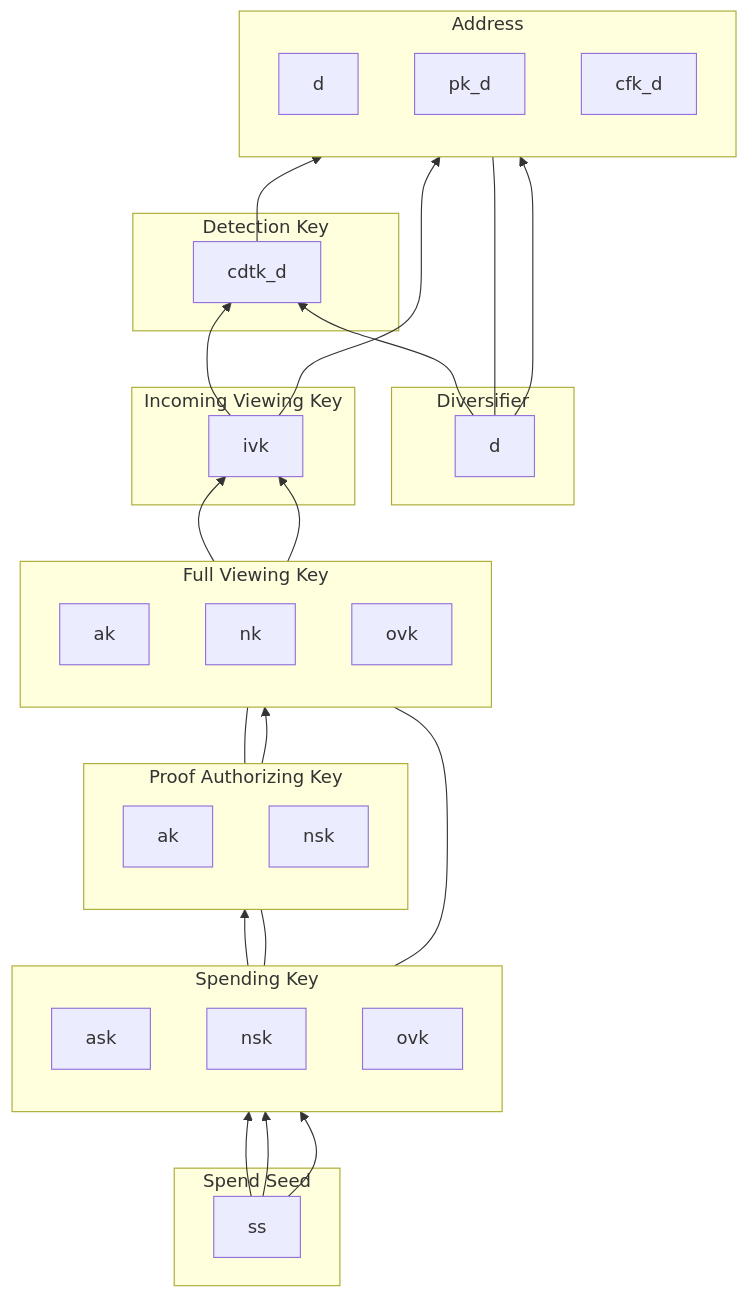
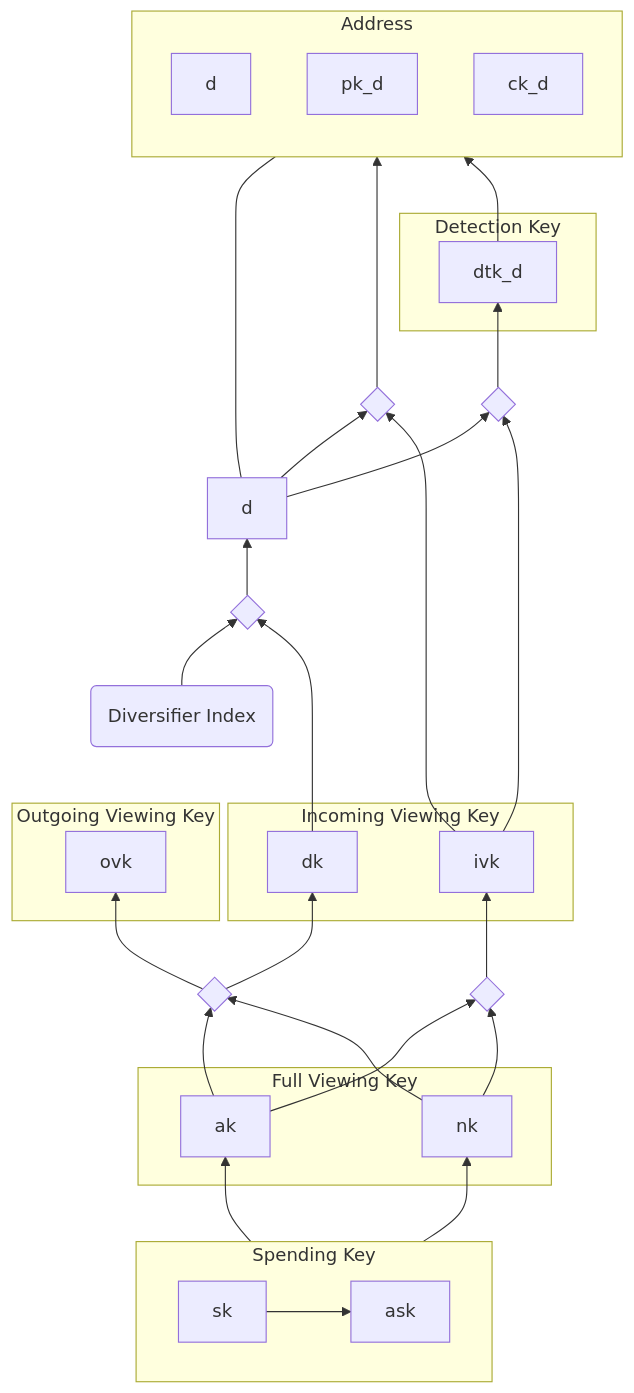
The diagram in spec/protocol/addresses_keys.md (penumbra-zone/penumbra), drawn with Mermaid before and after one commit. The commit also changed other lines of this file and 1 other file, not shown here.

Commit message:
spec: update diagram (only) with reworked key hierarchy.
This doesn't update any of the other documentation, just provides a better diagram.

````diff
--- a/spec/protocol/addresses_keys.md
+++ b/spec/protocol/addresses_keys.md
@@ -9,61 +11,54 @@
 ```mermaid
 flowchart BT
     subgraph Address
         direction TB;
         d2[d];
         pk_d;
-        cfk_d;
-    end;
-    subgraph D[Diversifier]
-        d1[d];
+        ck_d;
     end;
     subgraph DTK[Detection Key]
-        cdtk_d;
+        dtk_d;
     end;
     subgraph IVK[Incoming Viewing Key]
         ivk;
+        dk;
+    end;
+    subgraph OVK[Outgoing Viewing Key]
+        ovk;
     end;
     subgraph FVK[Full Viewing Key]
-        direction TB;
-        ak2[ak];
+        ak;
         nk;
-        ovk2[ovk];
-    end;
-    subgraph PAK[Proof Authorizing Key]
-        direction TB;
-        ak1[ak];
-        nsk2[nsk];
     end;
     subgraph SK[Spending Key]
-        direction TB;
+        direction LR;
         ask;
-        nsk1[nsk];
-        ovk1[ovk];
-    end;
-    subgraph SS[Spend Seed]
-        ss;
+        sk;
     end;
 
-    ss --> ask;
-    ss --> nsk1;
-    ss --> ovk1;
+    sk --> ask;
+    sk --> nk;
 
-    ask --> ak1;
-    nsk1 --- nsk2;
-    ovk1 --- ovk2;
+    ask --> ak;
 
-    ak1 --- ak2;
-    nsk2 --> nk;
+    ak & nk --> fvk_blake{ };
+    ak & nk --> fvk_poseidon{ };
+    fvk_blake --> ovk & dk;
+    fvk_poseidon --> ivk;
 
-    ak2 --> ivk;
-    nk --> ivk;
-
-    ivk --> pk_d;
+    index(Diversifier Index);
+    d1[d];
 
     d1 --- d2;
-    d1 --> pk_d;
 
-    ivk --> cdtk_d;
-    d1 --> cdtk_d;
-    cdtk_d --> cfk_d;
+    index --> aes_ff1{ };
+    dk ---> aes_ff1{ };
+    aes_ff1 --> d1;
+
+    d1 & ivk --> scmul_ivk{ };
+    scmul_ivk --> pk_d;
+
+    d1 & ivk --> dtk_blake{ };
+    dtk_blake --> dtk_d;
+    dtk_d --> ck_d;
 ```
````
